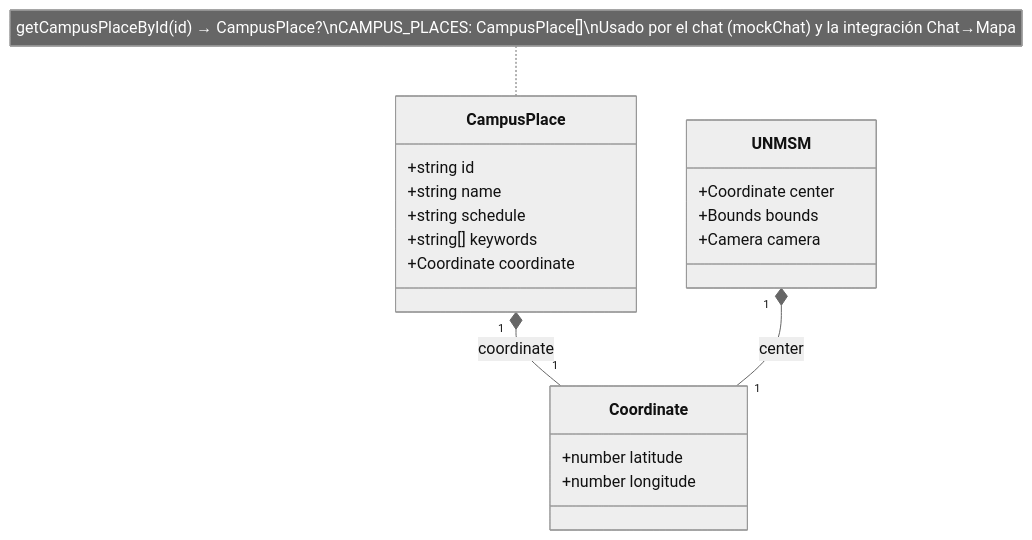
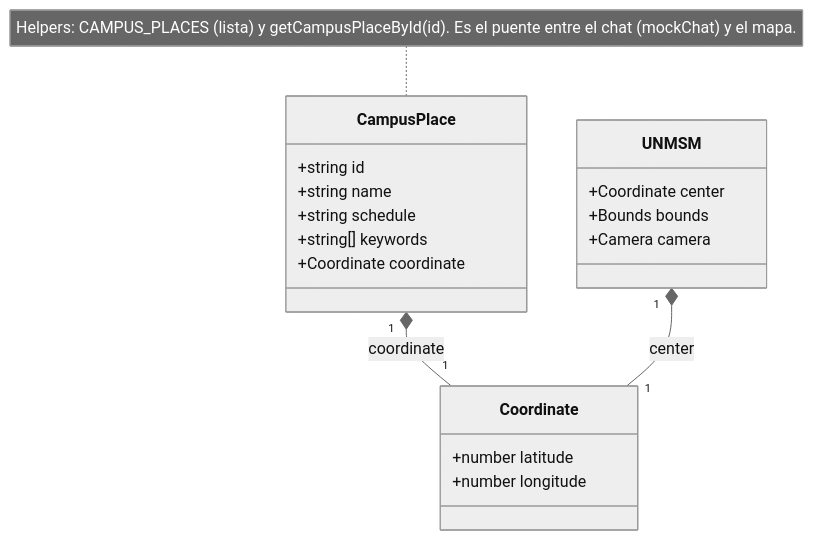
The second of 4 diagrams in documents/04-modelo-de-datos.md (frank777ch/OndeSanMarcos), drawn with Mermaid (neutral theme) before and after one commit.

Commit message:
docs: corregir nota del diagrama de clases para render correcto en GitHub

````diff
--- a/documents/04-modelo-de-datos.md
+++ b/documents/04-modelo-de-datos.md
@@ -70,26 +70,26 @@
 ```mermaid
 classDiagram
     class Coordinate {
         +number latitude
         +number longitude
     }
 
     class CampusPlace {
         +string id
         +string name
         +string schedule
         +string[] keywords
         +Coordinate coordinate
     }
 
     class UNMSM {
         +Coordinate center
         +Bounds bounds
         +Camera camera
     }
 
     CampusPlace "1" *-- "1" Coordinate : coordinate
     UNMSM "1" *-- "1" Coordinate : center
 
-    note for CampusPlace "getCampusPlaceById(id) → CampusPlace?\nCAMPUS_PLACES: CampusPlace[]\nUsado por el chat (mockChat) y la integración Chat→Mapa"
+    note for CampusPlace "Helpers: CAMPUS_PLACES (lista) y getCampusPlaceById(id). Es el puente entre el chat (mockChat) y el mapa."
 ```
````
